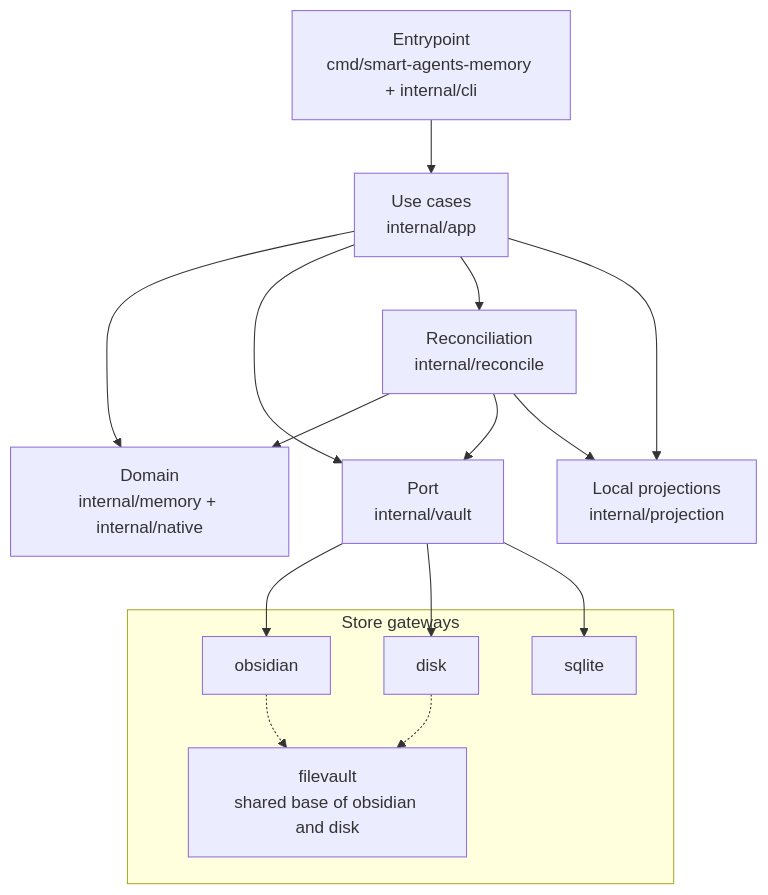
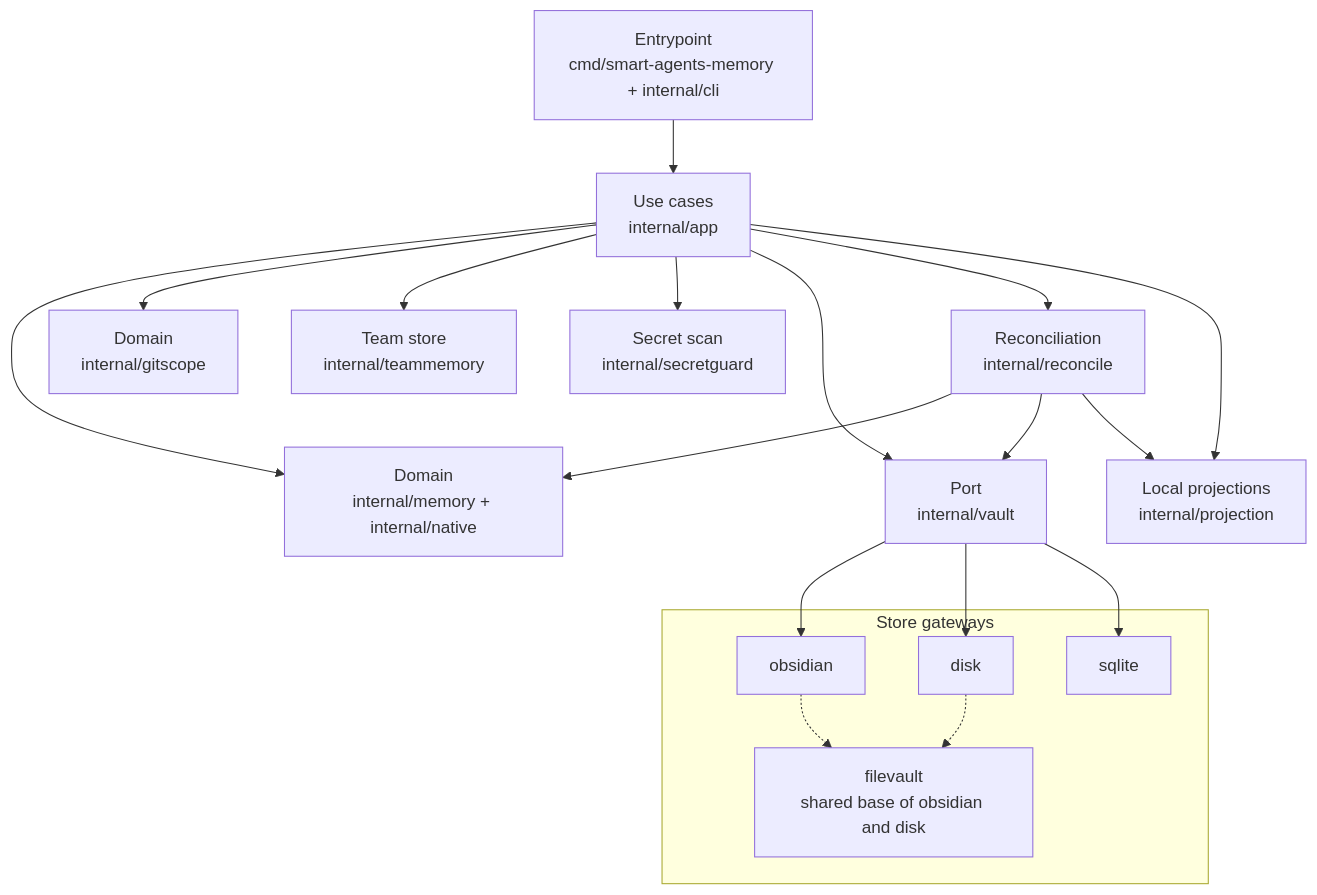
The diagram in ARCHITECTURE.md (lindoelio/smart-agents-memory), drawn with Mermaid before and after one commit. The commit also changed other lines of this file and 35 other files, not shown here.

````diff
--- a/ARCHITECTURE.md
+++ b/ARCHITECTURE.md
@@ -18,31 +18,37 @@
 ```mermaid
 flowchart TB
     CLI["Entrypoint<br/>cmd/smart-agents-memory + internal/cli"]
     APP["Use cases<br/>internal/app"]
     DOM["Domain<br/>internal/memory + internal/native"]
+    SCOPE["Domain<br/>internal/gitscope"]
+    TEAM["Team store<br/>internal/teammemory"]
+    SG["Secret scan<br/>internal/secretguard"]
     PORT["Port<br/>internal/vault"]
     REC["Reconciliation<br/>internal/reconcile"]
     PROJ["Local projections<br/>internal/projection"]
 
     CLI --> APP
     APP --> DOM
+    APP --> SCOPE
+    APP --> TEAM
+    APP --> SG
     APP --> PORT
     APP --> REC
     APP --> PROJ
     REC --> DOM
     REC --> PORT
     REC --> PROJ
 
     subgraph gateways["Store gateways"]
         OBS["obsidian"]
         DSK["disk"]
         SQL["sqlite"]
         FILE["filevault<br/>shared base of obsidian and disk"]
     end
 
     PORT --> OBS
     PORT --> DSK
     PORT --> SQL
     OBS -.-> FILE
     DSK -.-> FILE
 ```
````
